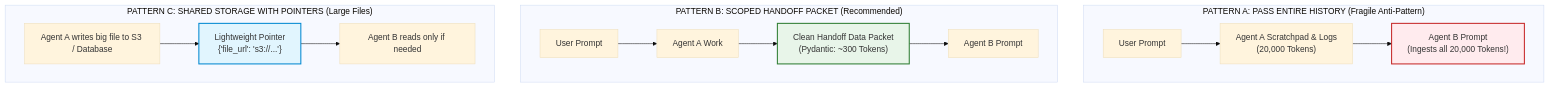
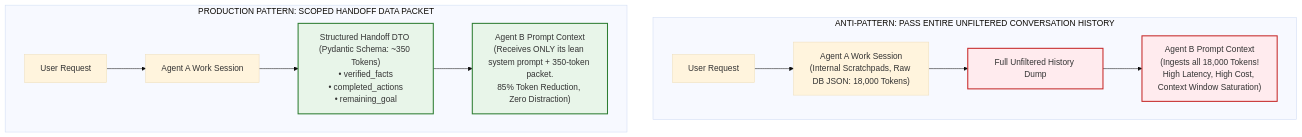
The third of 5 diagrams in 04-agentic-systems-and-orchestration/05-multi-agent-coordination-and-a2a-protocols.md (dip4k/senior-engineer-to-ai-engineer-roadmap), drawn with Mermaid (base theme) before and after one commit. The commit also changed other lines of this file and 7 other files, not shown here.

````diff
--- a/04-agentic-systems-and-orchestration/05-multi-agent-coordination-and-a2a-protocols.md
+++ b/04-agentic-systems-and-orchestration/05-multi-agent-coordination-and-a2a-protocols.md
@@ -73,21 +119,21 @@
 ```mermaid
 flowchart TD
     classDef bad fill:#ffebee,stroke:#c62828,stroke-width:2px;
     classDef good fill:#e8f5e9,stroke:#2e7d32,stroke-width:2px;
     classDef opt fill:#e1f5fe,stroke:#0288d1,stroke-width:2px;
+    classDef step fill:#ffffff,stroke:#333,stroke-width:1px;
 
-    subgraph PatternA["PATTERN A: PASS ENTIRE HISTORY (Fragile Anti-Pattern)"]
+    subgraph AntiPattern["ANTI-PATTERN: PASS ENTIRE UNFILTERED CONVERSATION HISTORY"]
         direction LR
-        PA_User["User Prompt"] --> PA_A["Agent A Scratchpad & Logs\n(20,000 Tokens)"] --> PA_B["Agent B Prompt\n(Ingests all 20,000 Tokens!)"]:::bad
+        AP_User["User Request"] --> AP_A["Agent A Work Session\n(Internal Scratchpads, Raw DB JSON: 18,000 Tokens)"]
+        --> AP_Dump["Full Unfiltered History Dump"]:::bad
+        --> AP_B["Agent B Prompt Context\n(Ingests all 18,000 Tokens!\nHigh Latency, High Cost, Context Window Saturation)"]:::bad
     end
 
-    subgraph PatternB["PATTERN B: SCOPED HANDOFF PACKET (Recommended)"]
+    subgraph BestPractice["PRODUCTION PATTERN: SCOPED HANDOFF DATA PACKET"]
         direction LR
-        PB_User["User Prompt"] --> PB_A["Agent A Work"] --> PB_DTO["Clean Handoff Data Packet\n(Pydantic: ~300 Tokens)"]:::good --> PB_B["Agent B Prompt"]
-    end
-
-    subgraph PatternC["PATTERN C: SHARED STORAGE WITH POINTERS (Large Files)"]
-        direction LR
-        PC_A["Agent A writes big file to S3 / Database"] --> PC_Ptr["Lightweight Pointer\n{'file_url': 's3://...'}"]:::opt --> PC_B["Agent B reads only if needed"]
+        BP_User["User Request"] --> BP_A["Agent A Work Session"]
+        --> BP_DTO["Structured Handoff DTO (Pydantic Schema: ~350 Tokens)\n• verified_facts\n• completed_actions\n• remaining_goal"]:::good
+        --> BP_B["Agent B Prompt Context\n(Receives ONLY its lean system prompt + 350-token packet.\n85% Token Reduction, Zero Distraction)"]:::good
     end
 ```
````
